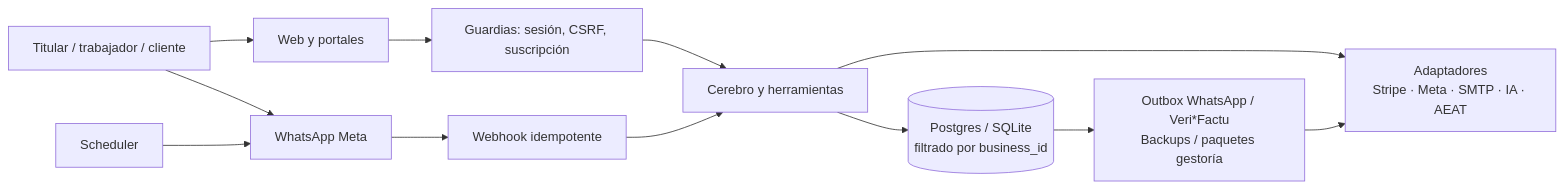
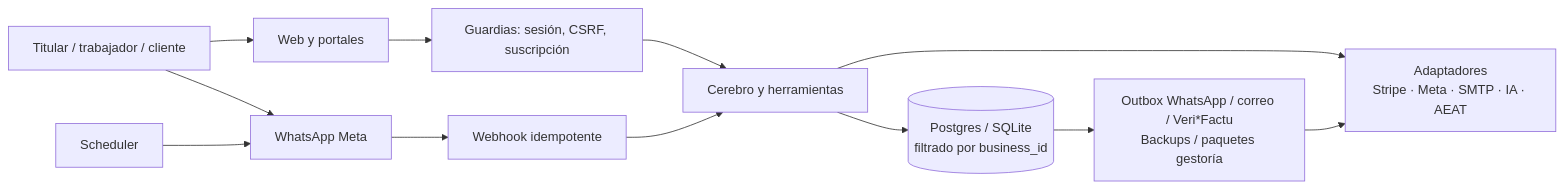
One commit to noesisstudio/noesis changed the diagram in docs/Guia-tecnica-ingeniero.md. Above: the diagram before and after it, drawn with Mermaid. The commit also changed other lines of this file and 31 other files, not shown here.

````diff
--- a/docs/Guia-tecnica-ingeniero.md
+++ b/docs/Guia-tecnica-ingeniero.md
@@ -19,14 +19,14 @@
 ```mermaid
 flowchart LR
   U["Titular / trabajador / cliente"] --> W["Web y portales"]
   U --> WA["WhatsApp Meta"]
   S["Scheduler"] --> WA
   W --> G["Guardias: sesión, CSRF, suscripción"]
   WA --> I["Webhook idempotente"]
   G --> C["Cerebro y herramientas"]
   I --> C
   C --> D[("Postgres / SQLite\nfiltrado por business_id")]
   C --> A["Adaptadores\nStripe · Meta · SMTP · IA · AEAT"]
-  D --> O["Outbox WhatsApp / Veri*Factu\nBackups / paquetes gestoría"]
+  D --> O["Outbox WhatsApp / correo / Veri*Factu\nBackups / paquetes gestoría"]
   O --> A
 ```
````
